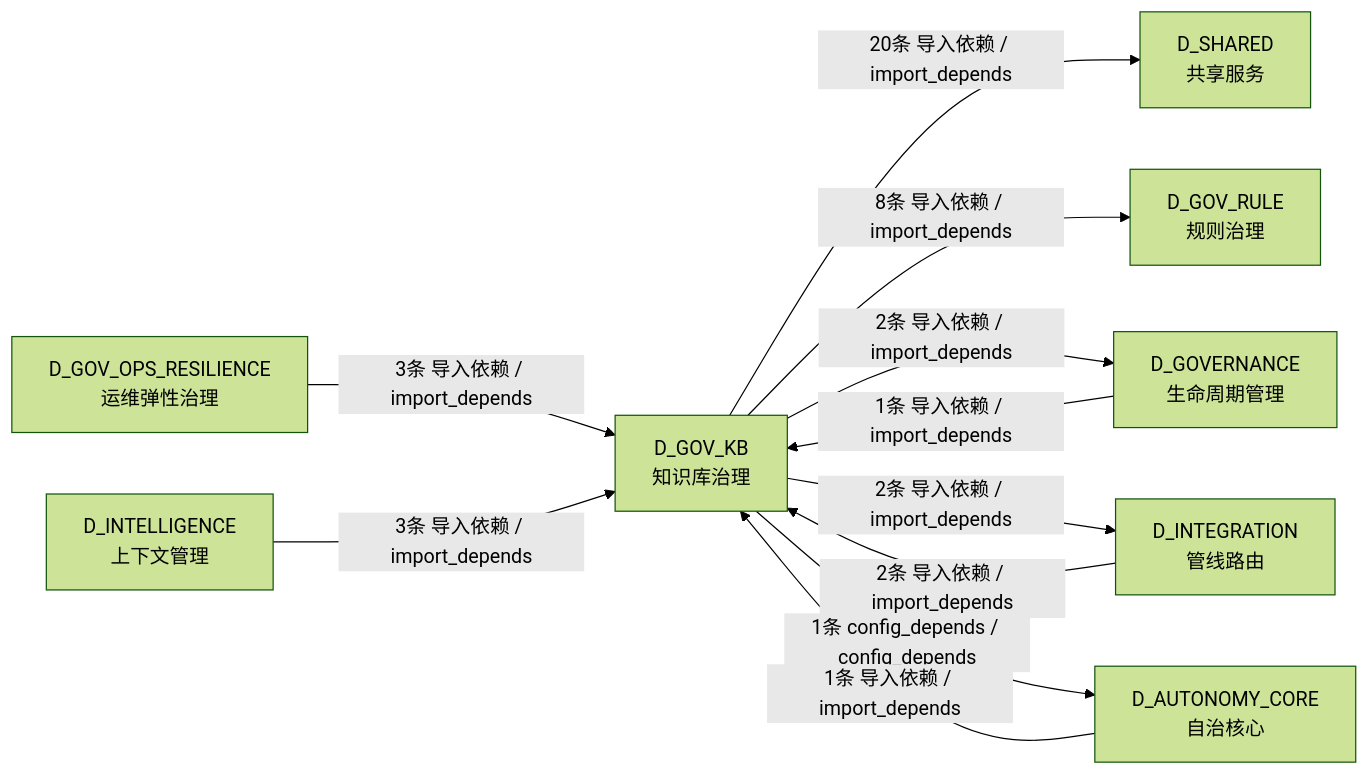
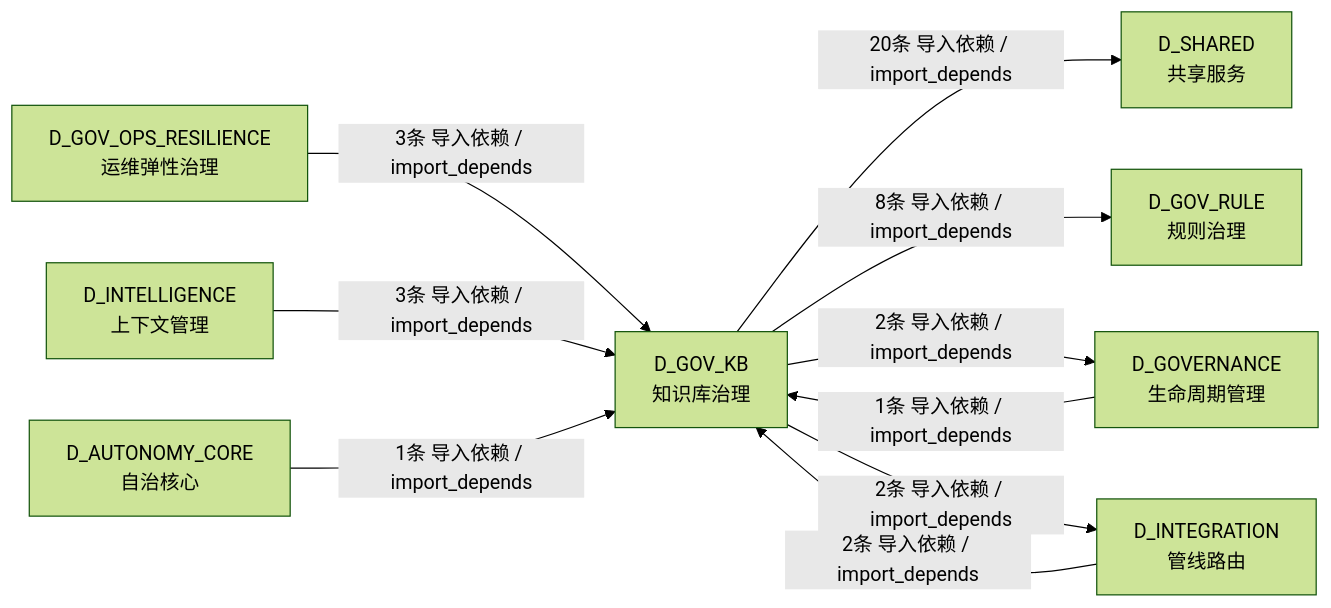
One commit to xuanFelixVan/ZephyrAlpha changed the fifth of 5 diagrams in docs/02_enterprise_architecture/02_domain_architecture_docs/43_d_gov_kb.md. Above: the diagram before and after it, drawn with Mermaid (forest theme). The commit also changed other lines of this file and 116 other files, not shown here.

````diff
--- a/docs/02_enterprise_architecture/02_domain_architecture_docs/43_d_gov_kb.md
+++ b/docs/02_enterprise_architecture/02_domain_architecture_docs/43_d_gov_kb.md
@@ -380,21 +378,20 @@
 ```mermaid
 graph LR
     D_GOV_KB["D_GOV_KB<br/>知识库治理"]
     D_SHARED["D_SHARED<br/>共享服务"]
     D_GOV_RULE["D_GOV_RULE<br/>规则治理"]
     D_GOVERNANCE["D_GOVERNANCE<br/>生命周期管理"]
     D_INTEGRATION["D_INTEGRATION<br/>管线路由"]
-    D_AUTONOMY_CORE["D_AUTONOMY_CORE<br/>自治核心"]
     D_GOV_OPS_RESILIENCE["D_GOV_OPS_RESILIENCE<br/>运维弹性治理"]
     D_INTELLIGENCE["D_INTELLIGENCE<br/>上下文管理"]
+    D_AUTONOMY_CORE["D_AUTONOMY_CORE<br/>自治核心"]
     D_GOV_KB -->|20条 导入依赖 / import_depends| D_SHARED
     D_GOV_KB -->|8条 导入依赖 / import_depends| D_GOV_RULE
     D_GOV_KB -->|2条 导入依赖 / import_depends| D_GOVERNANCE
     D_GOV_KB -->|2条 导入依赖 / import_depends| D_INTEGRATION
-    D_GOV_KB -->|1条 config_depends / config_depends| D_AUTONOMY_CORE
     D_GOV_OPS_RESILIENCE -->|3条 导入依赖 / import_depends| D_GOV_KB
     D_INTELLIGENCE -->|3条 导入依赖 / import_depends| D_GOV_KB
     D_INTEGRATION -->|2条 导入依赖 / import_depends| D_GOV_KB
     D_AUTONOMY_CORE -->|1条 导入依赖 / import_depends| D_GOV_KB
     D_GOVERNANCE -->|1条 导入依赖 / import_depends| D_GOV_KB
 ```
````
